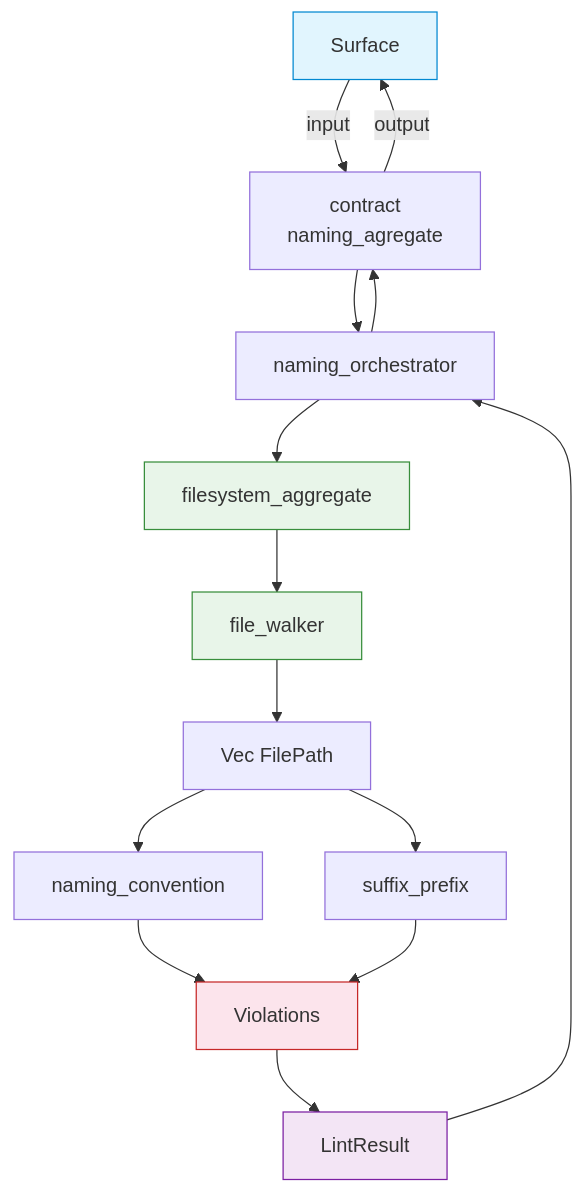
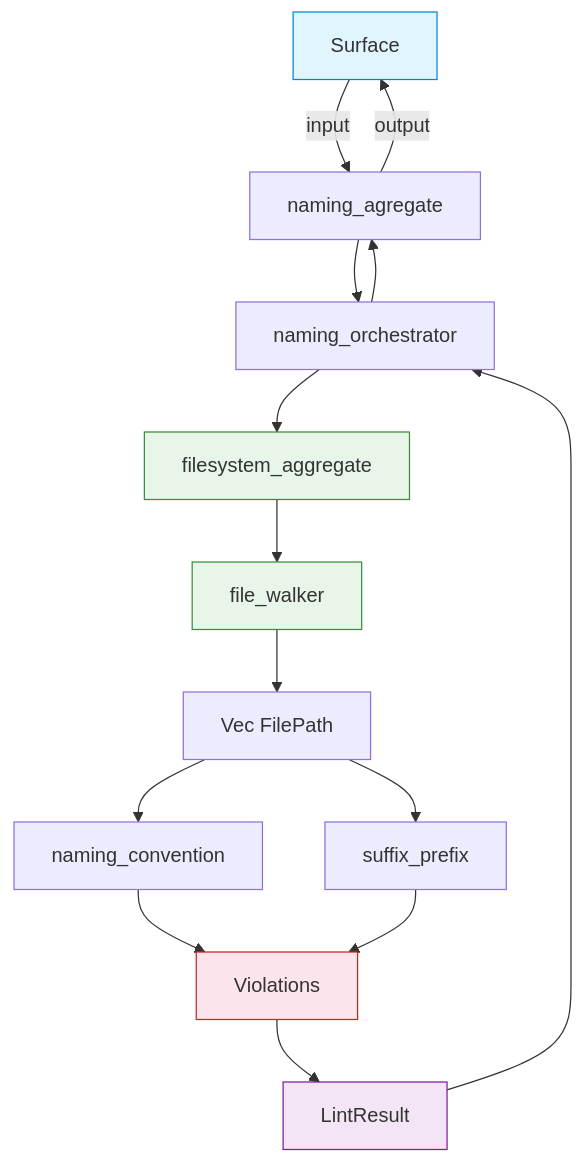
The diagram in crates/naming-rules/FRD.md (rakaarwaky/lint-arwaky), drawn with Mermaid before and after one commit. The commit also changed other lines of this file and 4 other files, not shown here.

First line of the commit message:
docs: align all 5 FRD mermaid to clean naming style

````diff
--- a/crates/naming-rules/FRD.md
+++ b/crates/naming-rules/FRD.md
@@ -9,23 +9,22 @@
 ```mermaid
 flowchart TD
-    A["Surface"] -->|input| B["contract
-naming_agregate"]
+    A["Surface"] -->|input| B["naming_agregate"]
     B --> C["naming_orchestrator"]
     C --> D["filesystem_aggregate"]
     D --> E["file_walker"]
     E --> G["Vec FilePath"]
     G --> H1["naming_convention"]
     G --> H2["suffix_prefix"]
     H1 --> I["Violations"]
     H2 --> I
     I --> J["LintResult"]
     J --> C
     C --> B
     B -->|output| A
 
     style A fill:#e1f5fe,stroke:#0288d1
     style D fill:#e8f5e9,stroke:#388e3c
     style E fill:#e8f5e9,stroke:#388e3c
     style I fill:#fce4ec,stroke:#c62828
     style J fill:#f3e5f5,stroke:#7b1fa2
 ```
````
